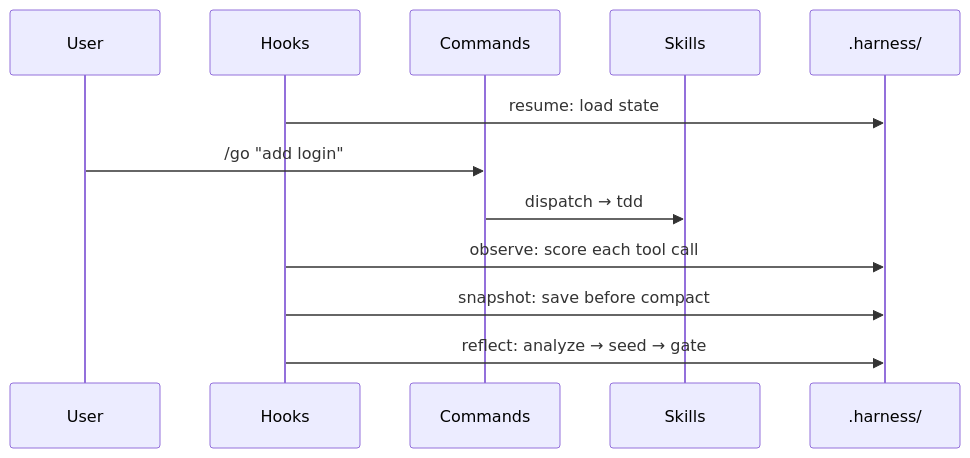
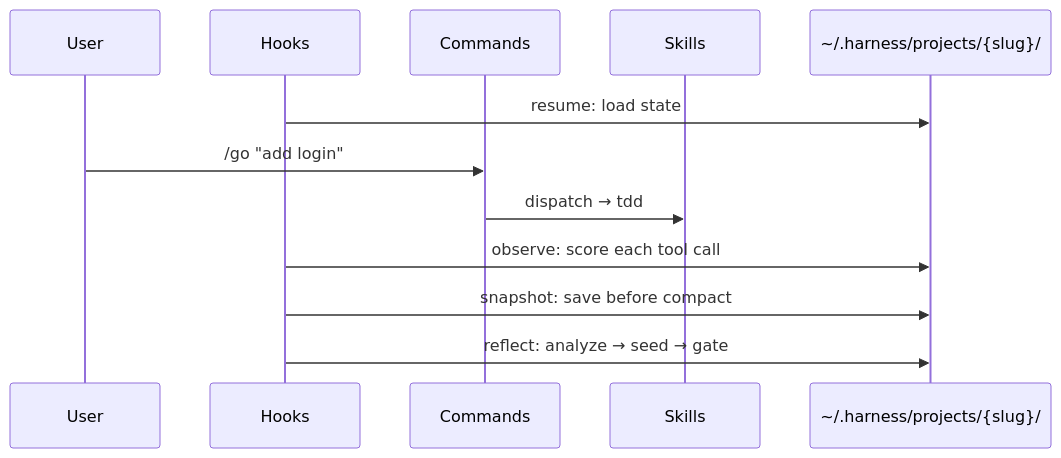
Before and after one commit to epicsagas/epic-harness: the second of 2 diagrams in ARCHITECTURE.md, drawn with Mermaid. The commit also changed other lines of this file and 9 other files, not shown here.

````diff
--- a/ARCHITECTURE.md
+++ b/ARCHITECTURE.md
@@ -55,15 +55,15 @@
 ```mermaid
 sequenceDiagram
     participant U as User
     participant H as Hooks
     participant C as Commands
     participant S as Skills
-    participant D as .harness/
+    participant D as ~/.harness/projects/{slug}/
 
     H->>D: resume: load state
     U->>C: /go "add login"
     C->>S: dispatch → tdd
     H->>D: observe: score each tool call
     H->>D: snapshot: save before compact
     H->>D: reflect: analyze → seed → gate
 ```
````
